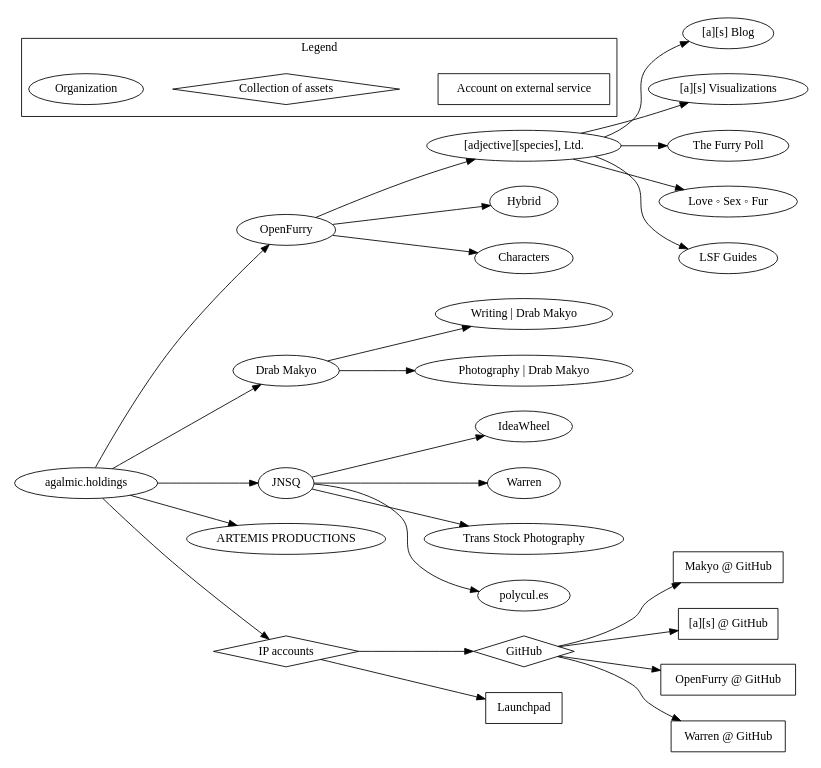
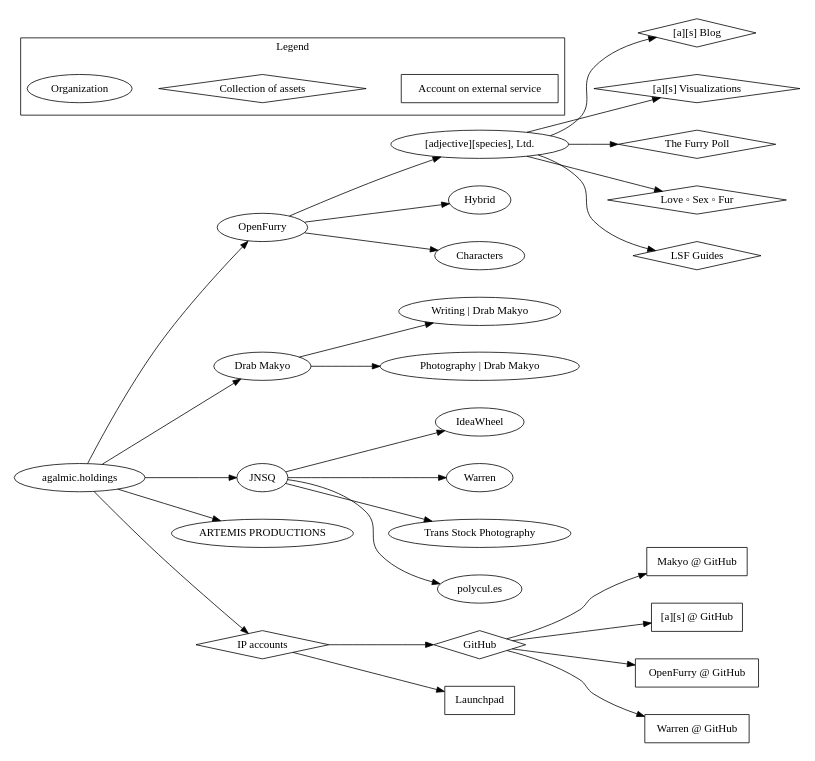
One commit to makyo/agalmic.holdings changed the diagram in assets.dot. Above: the diagram before and after it, drawn with Graphviz. The commit also changed 2 other files, not shown here.

Commit message:
Minor graph update

```diff
--- a/assets.dot
+++ b/assets.dot
@@ -1,96 +1,96 @@
 digraph agalmic_holdings {
 	graph [rankdir="LR" size="7.5,7" ratio="fill"]
 	node [fontname="Antykwa Torunska"]
 
 	"agalmic.holdings" [URL="http://agalmic.holdings"]
 
 	"OpenFurry" [URL="http://openfurry.org"]
 	"agalmic.holdings" -> "OpenFurry"
 
 		as [URL="http://adjectivespecies.com" label="[adjective][species], Ltd."]
 		"OpenFurry" -> as
 
-			"[a][s] Blog" [URL="http://adjectivespecies.com"]
+			"[a][s] Blog" [shape="diamond" URL="http://adjectivespecies.com"]
 			as -> "[a][s] Blog"
 
-			"[a][s] Visualizations" [URL="http://vis.adjectivespecies.com"]
+			"[a][s] Visualizations" [shape="diamond" URL="http://vis.adjectivespecies.com"]
 			as -> "[a][s] Visualizations"
 
-			"The Furry Poll" [URL="https://furrypoll.com"]
+			"The Furry Poll" [shape="diamond" URL="https://furrypoll.com"]
 			as -> "The Furry Poll"
 
-			"Love ◦ Sex ◦ Fur" [URL="http://lovesexfur.com"]
+			"Love ◦ Sex ◦ Fur" [shape="diamond" URL="http://lovesexfur.com"]
 			as -> "Love ◦ Sex ◦ Fur"
 
-			"LSF Guides" [URL="http://guides.lovesexfur.com"]
+			"LSF Guides" [shape="diamond" URL="http://guides.lovesexfur.com"]
 			as -> "LSF Guides"
 
 		"Hybrid" [URL="http://hybrid.ink"]
 		"OpenFurry" -> "Hybrid"
 
 		"Characters" [URL="http://characters.openfurry.org"]
 		"OpenFurry" -> "Characters"
 
 	"Drab Makyo" [URL="http://drab-makyo.com"]
 	"agalmic.holdings" -> "Drab Makyo"
 
 		"Writing | Drab Makyo" [URL="http://writing.drab-makyo.com"]
 		"Drab Makyo" -> "Writing | Drab Makyo"
 
 		"Photography | Drab Makyo" [URL="http://makyo.photography"]
 		"Drab Makyo" -> "Photography | Drab Makyo"
 
 	"JNSQ" [URL="http://jnsq.us"]
 	"agalmic.holdings" -> "JNSQ"
 
 		"IdeaWheel" [URL="http://ideas.jnsq.us"]
 		"JNSQ" -> "IdeaWheel"
 
 		"Warren" [URL="https://warren.community"]
 		"JNSQ" -> "Warren"
 
 		"Trans Stock Photography" [URL="http://transstock.photography"]
 		"JNSQ" -> "Trans Stock Photography"
 
 		"polycul.es" [URL="http://polycul.es"]
 		"JNSQ" -> "polycul.es"
 
 	"ARTEMIS PRODUCTIONS" [URL="http://artemis.productions"]
 	"agalmic.holdings" -> "ARTEMIS PRODUCTIONS"
 
 	"IP accounts" [shape="diamond"]
 	"agalmic.holdings" -> "IP accounts"
 
 		"GitHub" [shape="diamond"]
 		"IP accounts" -> "GitHub"
 
 			"Makyo @ GitHub" [URL="https://github.com/makyo" shape="rect"]
 			"GitHub" -> "Makyo @ GitHub"
 
 			"[a][s] @ GitHub" [URL="https://github.com/adjspecies" shape="rect"]
 			"GitHub" -> "[a][s] @ GitHub"
 
 			"OpenFurry @ GitHub" [URL="https://github.com/openfurry" shape="rect"]
 			"GitHub" -> "OpenFurry @ GitHub"
 
 			"Warren @ GitHub" [URL="https://github.com/warren-community" shape="rect"]
 			"GitHub" -> "Warren @ GitHub"
 
 		"Launchpad" [URL="https://launchpad.net/~makyo" shape="rect"]
 		"IP accounts" -> "Launchpad"
 
 	subgraph cluster {
 		label = "Legend"
 		ranksep = ".1"
 		rankdir = "LR"
 		edge [style="invis"]
 
 		"Organization"
 
 		"Collection of assets" [shape="diamond"]
 
 		"Account on external service" [shape="rect"]
 
 		"Organization" -> "Collection of assets" -> "Account on external service"
 	}
 }
```
